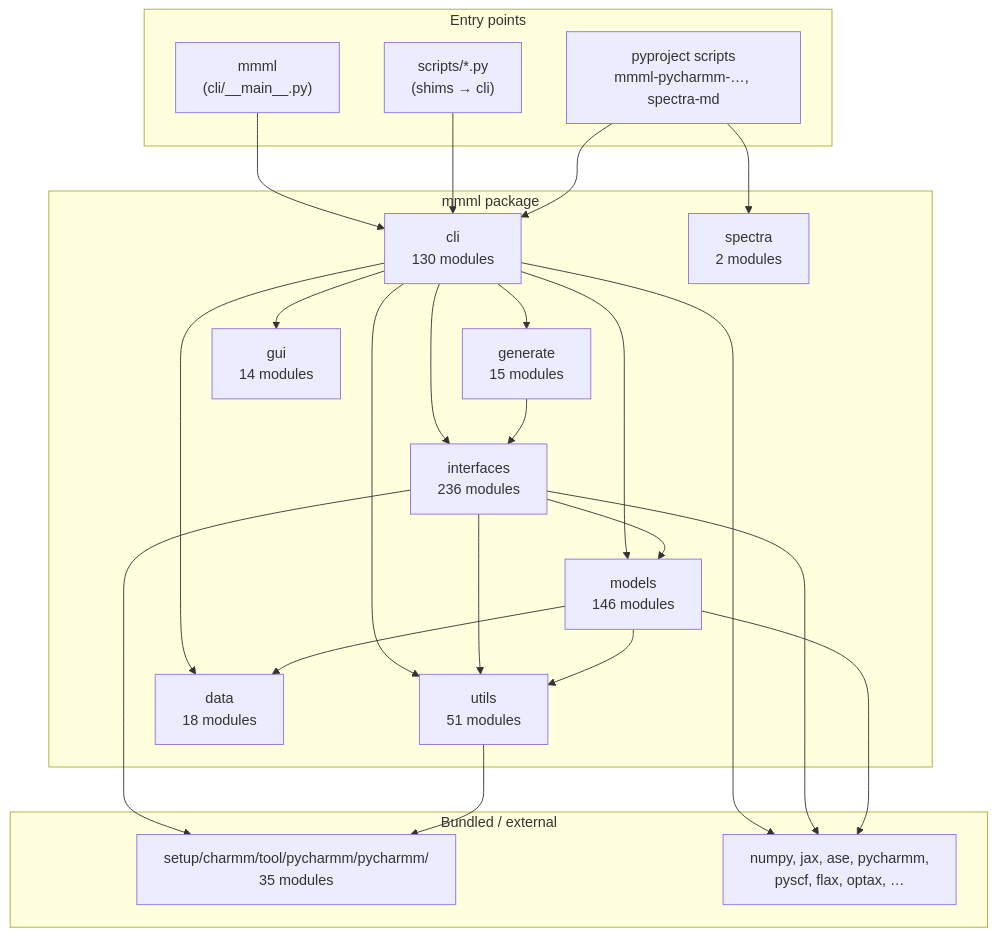
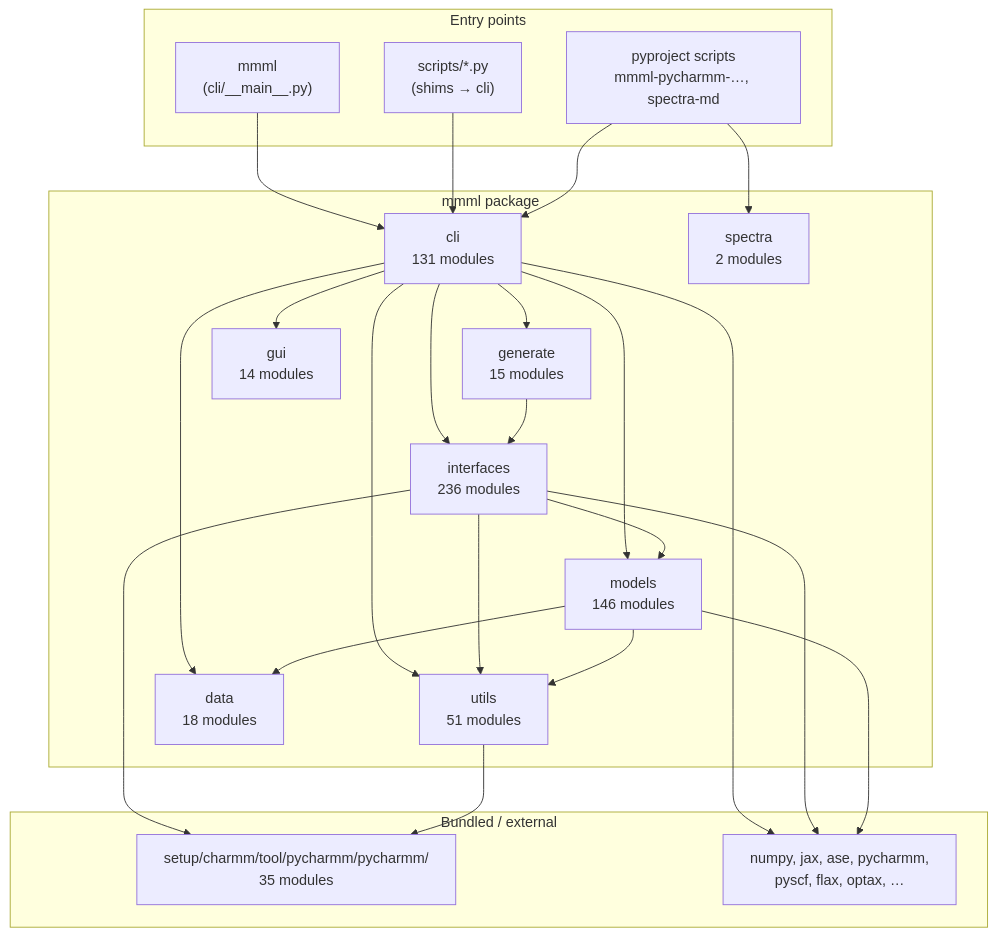
Before and after one commit to EricBoittier/mmml: the first of 8 diagrams in docs/package-architecture.md, drawn with Mermaid. The commit also changed other lines of this file and 8 other files, not shown here.

````diff
--- a/docs/package-architecture.md
+++ b/docs/package-architecture.md
@@ -13,48 +13,48 @@
 ```mermaid
 flowchart TB
   subgraph entry["Entry points"]
     MMML["mmml\n(cli/__main__.py)"]
     SCRIPTS["scripts/*.py\n(shims → cli)"]
     PKG["pyproject scripts\nmmml-pycharmm-…, spectra-md"]
   end
 
   subgraph mmml_pkg["mmml package"]
-    CLI["cli\n130 modules"]
+    CLI["cli\n131 modules"]
     IFACE["interfaces\n236 modules"]
     MODELS["models\n146 modules"]
     UTILS["utils\n51 modules"]
     DATA["data\n18 modules"]
     GEN["generate\n15 modules"]
     GUI["gui\n14 modules"]
     SPEC["spectra\n2 modules"]
   end
 
   subgraph vendor["Bundled / external"]
     PYCH["setup/charmm/tool/pycharmm/pycharmm/\n35 modules"]
     EXT["numpy, jax, ase, pycharmm,\npyscf, flax, optax, …"]
   end
 
   MMML --> CLI
   SCRIPTS --> CLI
   PKG --> CLI
   PKG --> SPEC
 
   CLI --> IFACE
   CLI --> MODELS
   CLI --> DATA
   CLI --> UTILS
   CLI --> GEN
   CLI --> GUI
 
   IFACE --> MODELS
   IFACE --> UTILS
   IFACE --> PYCH
   MODELS --> UTILS
   MODELS --> DATA
   UTILS --> PYCH
   GEN --> IFACE
 
   CLI --> EXT
   IFACE --> EXT
   MODELS --> EXT
 ```
````
